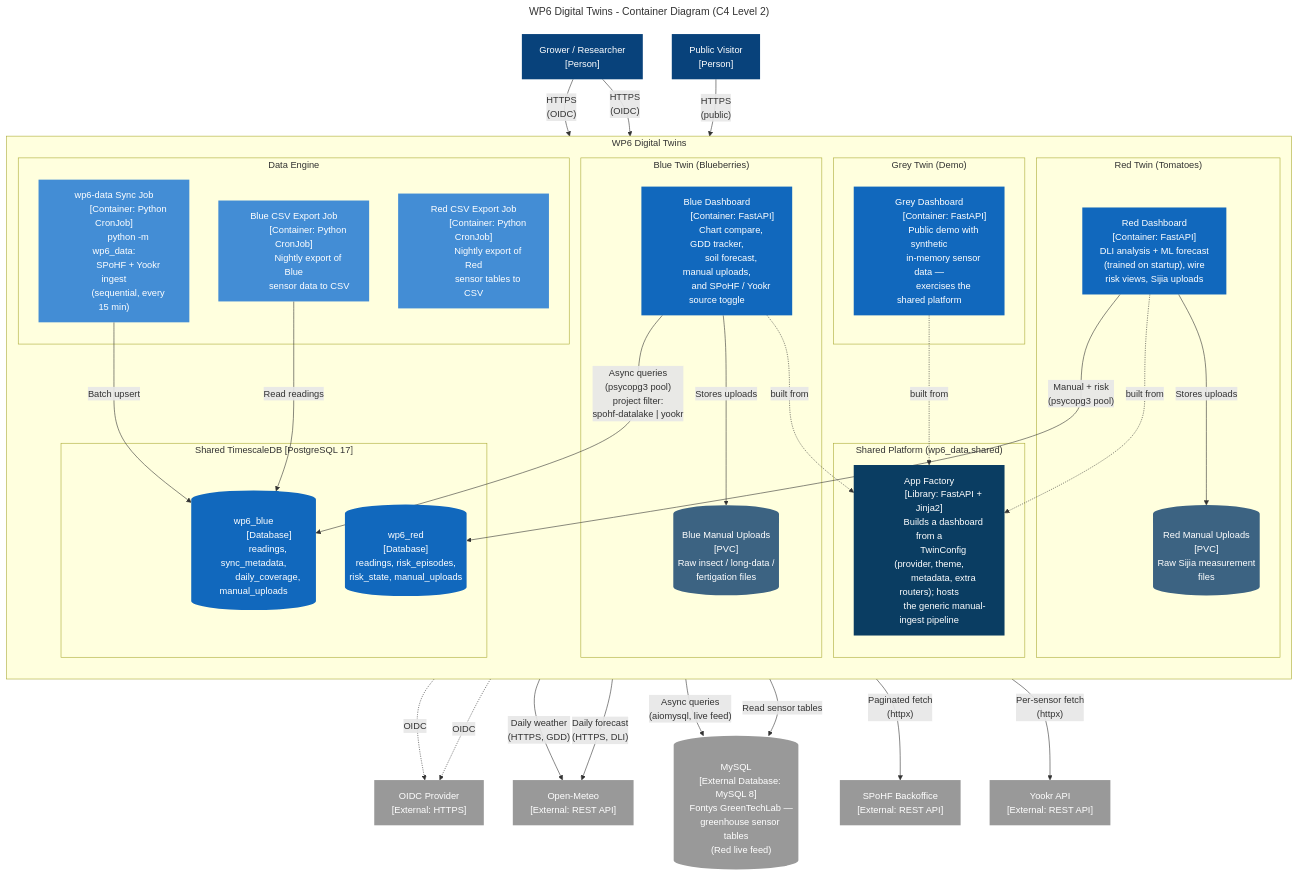
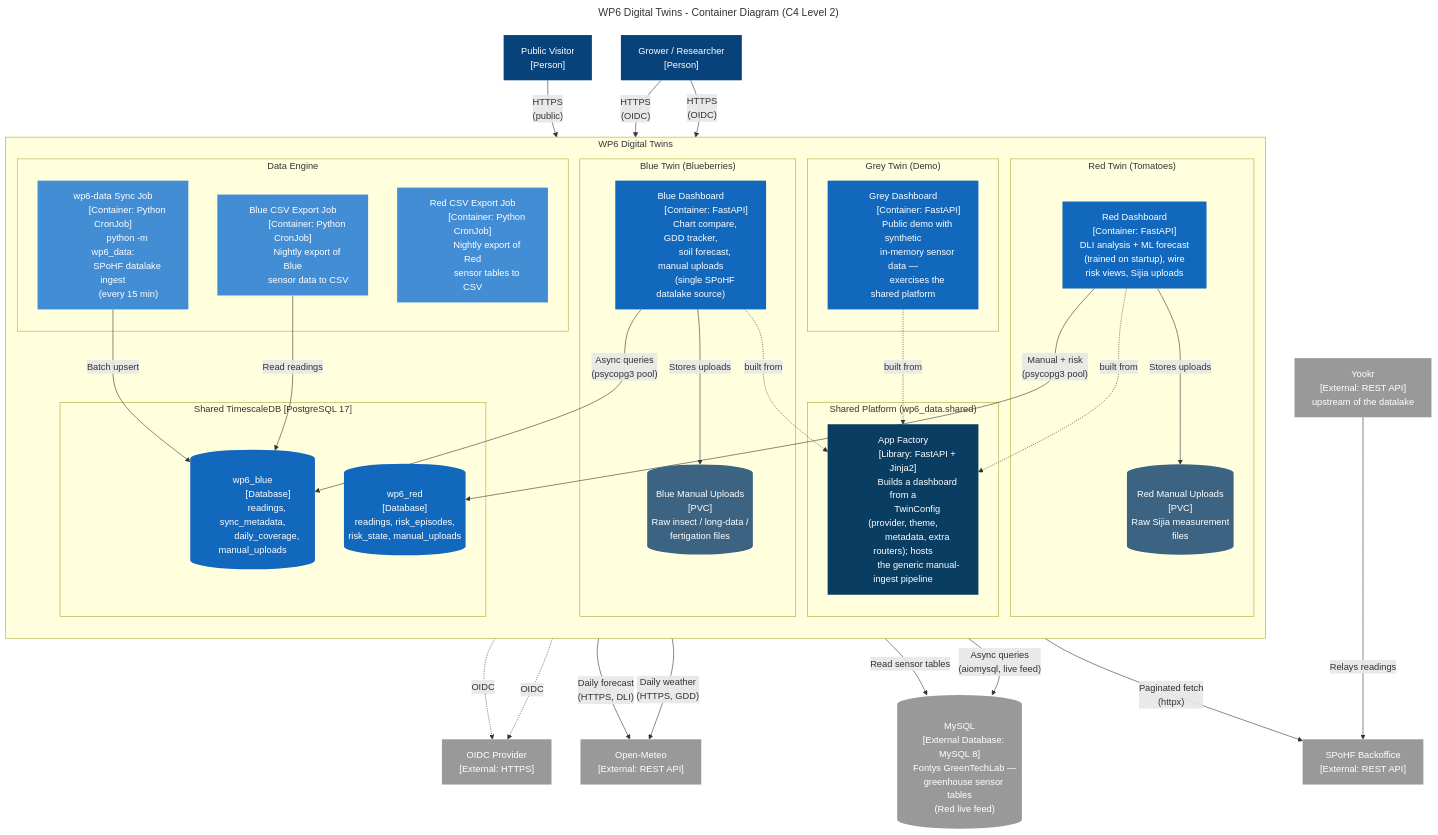
One commit to SPOHF/SPoHF-WP6-Twins changed the diagram in docs/architecture/diagrams/container-architecture.mmd. Above: the diagram before and after it, drawn with Mermaid. The commit also changed 11 other files, not shown here.

First line of the commit message:
docs: record the completed yookr-direct retirement; re-enable sync

```diff
--- a/docs/architecture/diagrams/container-architecture.mmd
+++ b/docs/architecture/diagrams/container-architecture.mmd
@@ -1,142 +1,143 @@
 ---
 title: "WP6 Digital Twins - Container Diagram (C4 Level 2)"
 ---
 graph TB
     %% SSOT — also embedded in docs/architecture/index.md.
     %% Edit this file first, then mirror into index.md.
     classDef person fill:#08427b,color:#fff,stroke:none
     classDef container fill:#1168bd,color:#fff,stroke:none
     classDef database fill:#1168bd,color:#fff,stroke:none
     classDef external fill:#999,color:#fff,stroke:none
     classDef cronjob fill:#438dd5,color:#fff,stroke:none
     classDef shared fill:#0a3d62,color:#fff,stroke:none
     classDef storage fill:#3c6382,color:#fff,stroke:none
 
     grower["Grower / Researcher
     [Person]"]:::person
     visitor["Public Visitor
     [Person]"]:::person
 
     subgraph wp6["WP6 Digital Twins"]
         direction TB
 
         subgraph platform["Shared Platform (wp6_data.shared)"]
             app_factory["App Factory
             [Library: FastAPI + Jinja2]
             Builds a dashboard from a
             TwinConfig (provider, theme,
             metadata, extra routers); hosts
             the generic manual-ingest pipeline"]:::shared
         end
 
         subgraph blue_twin["Blue Twin (Blueberries)"]
             blue_dash["Blue Dashboard
             [Container: FastAPI]
             Chart compare, GDD tracker,
-            soil forecast, manual uploads,
-            and SPoHF / Yookr source toggle"]:::container
+            soil forecast, manual uploads
+            (single SPoHF datalake source)"]:::container
             blue_uploads[("Blue Manual Uploads
             [PVC]
             Raw insect / long-data /
             fertigation files")]:::storage
         end
 
         subgraph red_twin["Red Twin (Tomatoes)"]
             red_dash["Red Dashboard
             [Container: FastAPI]
             DLI analysis + ML forecast
             (trained on startup), wire
             risk views, Sijia uploads"]:::container
             red_uploads[("Red Manual Uploads
             [PVC]
             Raw Sijia measurement
             files")]:::storage
         end
 
         subgraph grey_twin["Grey Twin (Demo)"]
             grey_dash["Grey Dashboard
             [Container: FastAPI]
             Public demo with synthetic
             in-memory sensor data —
             exercises the shared platform"]:::container
         end
 
         subgraph data_engine["Data Engine"]
             sync_job["wp6-data Sync Job
             [Container: Python CronJob]
             python -m wp6_data:
-            SPoHF + Yookr ingest
-            (sequential, every 15 min)"]:::cronjob
+            SPoHF datalake ingest
+            (every 15 min)"]:::cronjob
 
             blue_export["Blue CSV Export Job
             [Container: Python CronJob]
             Nightly export of Blue
             sensor data to CSV"]:::cronjob
 
             red_export["Red CSV Export Job
             [Container: Python CronJob]
             Nightly export of Red
             sensor tables to CSV"]:::cronjob
         end
 
         subgraph tsdb_inst["Shared TimescaleDB [PostgreSQL 17]"]
             tsdb_blue[("wp6_blue
             [Database]
             readings, sync_metadata,
             daily_coverage, manual_uploads")]:::database
             tsdb_red[("wp6_red
             [Database]
             readings, risk_episodes,
             risk_state, manual_uploads")]:::database
         end
     end
 
     mysqldb[("MySQL
     [External Database: MySQL 8]
     Fontys GreenTechLab —
     greenhouse sensor tables
     (Red live feed)")]:::external
 
     spohf["SPoHF Backoffice
     [External: REST API]"]:::external
-    yookr["Yookr API
-    [External: REST API]"]:::external
+    yookr["Yookr
+    [External: REST API]
+    upstream of the datalake"]:::external
     openmeteo["Open-Meteo
     [External: REST API]"]:::external
     oidc["OIDC Provider
     [External: HTTPS]"]:::external
 
     %% User flows
     grower -->|"HTTPS\n(OIDC)"| blue_dash
     grower -->|"HTTPS\n(OIDC)"| red_dash
     visitor -->|"HTTPS\n(public)"| grey_dash
 
     %% Auth flow
     blue_dash -.->|"OIDC"| oidc
     red_dash -.->|"OIDC"| oidc
 
     %% Platform composition (each dashboard IS a configured app_factory)
     blue_dash -.->|"built from"| app_factory
     red_dash -.->|"built from"| app_factory
     grey_dash -.->|"built from"| app_factory
 
     %% Blue data access
-    blue_dash -->|"Async queries\n(psycopg3 pool)\nproject filter:\nspohf-datalake | yookr"| tsdb_blue
+    blue_dash -->|"Async queries\n(psycopg3 pool)"| tsdb_blue
     blue_dash -->|"Daily weather\n(HTTPS, GDD)"| openmeteo
     blue_dash -->|"Stores uploads"| blue_uploads
 
     %% Red data access (live feed from MySQL, manual + risk in TSDB)
     red_dash -->|"Async queries\n(aiomysql, live feed)"| mysqldb
     red_dash -->|"Manual + risk\n(psycopg3 pool)"| tsdb_red
     red_dash -->|"Daily forecast\n(HTTPS, DLI)"| openmeteo
     red_dash -->|"Stores uploads"| red_uploads
     %% grey_dash has no datastore (in-memory)
 
-    %% Sync job (single process runs both ingests sequentially)
+    %% Sync job (datalake only; bisects windows past the relay's 10k result cap)
     sync_job -->|"Paginated fetch\n(httpx)"| spohf
-    sync_job -->|"Per-sensor fetch\n(httpx)"| yookr
     sync_job -->|"Batch upsert"| tsdb_blue
+    yookr -->|"Relays readings"| spohf
 
     %% Export jobs
     blue_export -->|"Read readings"| tsdb_blue
     red_export -->|"Read sensor tables"| mysqldb
```
